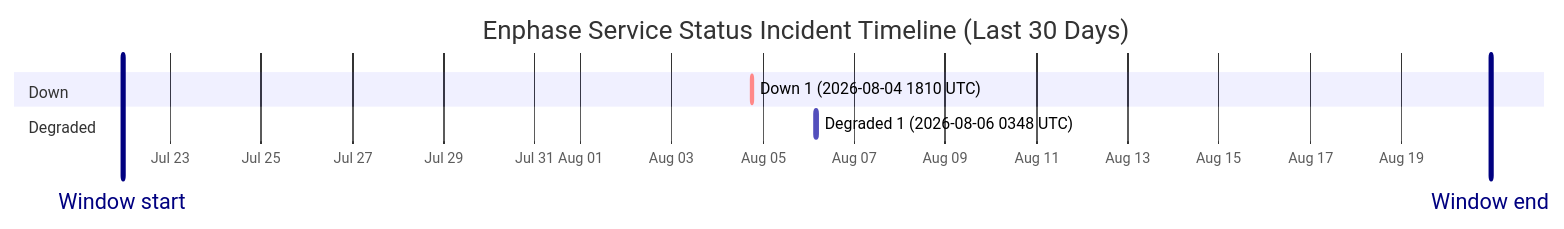
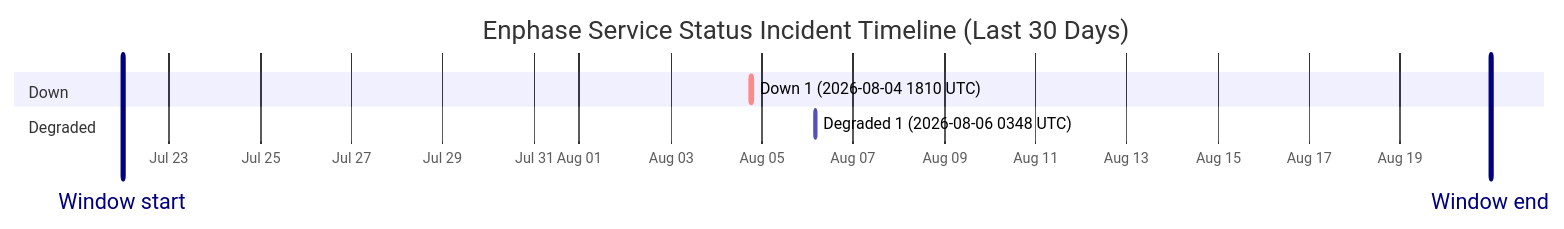
One commit to barneyonline/ha-enphase-energy changed the diagram in wiki/Service-Status-History.md. Above: the diagram before and after it, drawn with Mermaid. The commit also changed other lines of this file and 3 other files, not shown here.

````diff
--- a/wiki/Service-Status-History.md
+++ b/wiki/Service-Status-History.md
@@ -14,12 +14,12 @@
 ```mermaid
 gantt
     title Enphase Service Status Incident Timeline (Last 30 Days)
     dateFormat  YYYY-MM-DDTHH:mm:ss
     axisFormat  %b %d
-    Window start :vert, window-start, 2026-07-21T22:54:50, 0ms
-    Window end :vert, window-end, 2026-08-20T22:54:50, 0ms
+    Window start :vert, window-start, 2026-07-21T23:23:07, 0ms
+    Window end :vert, window-end, 2026-08-20T23:23:07, 0ms
     section Down
     Down 1 (2026-08-04 1810 UTC) :crit, down-1, 2026-08-04T18:10:46, 60m
     section Degraded
     Degraded 1 (2026-08-06 0348 UTC) :active, degraded-1, 2026-08-06T03:48:14, 60m
 ```
````
